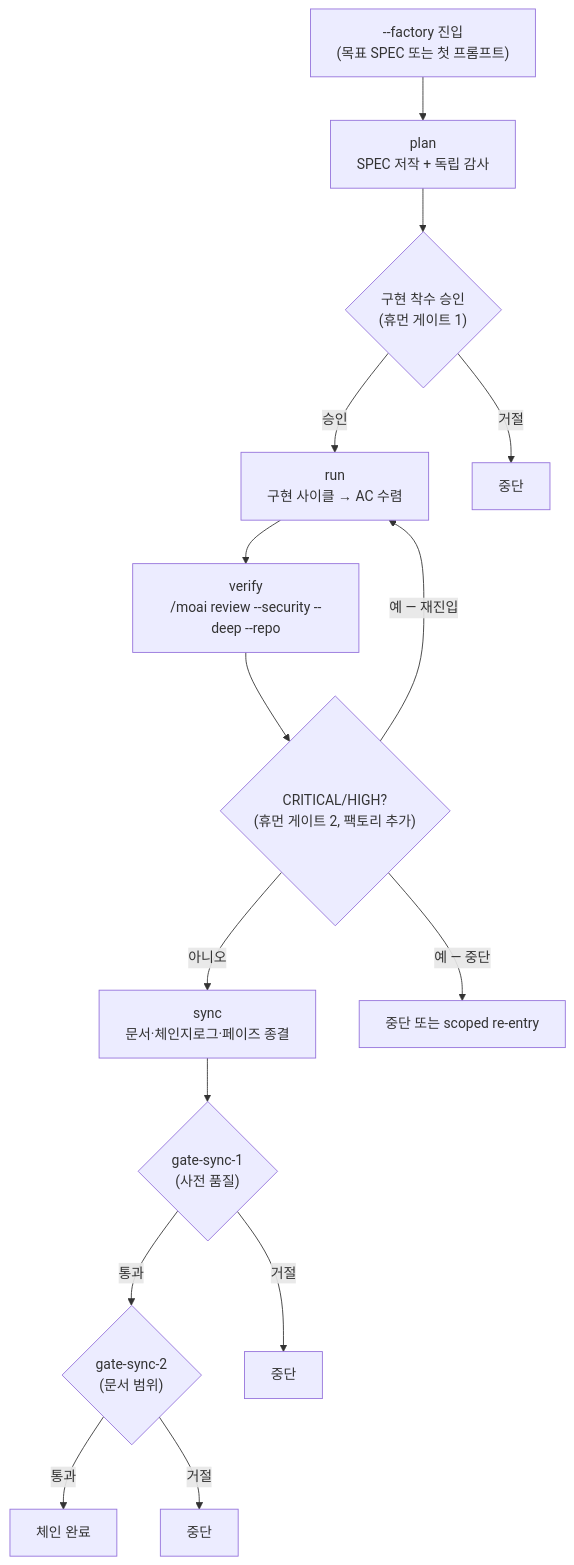
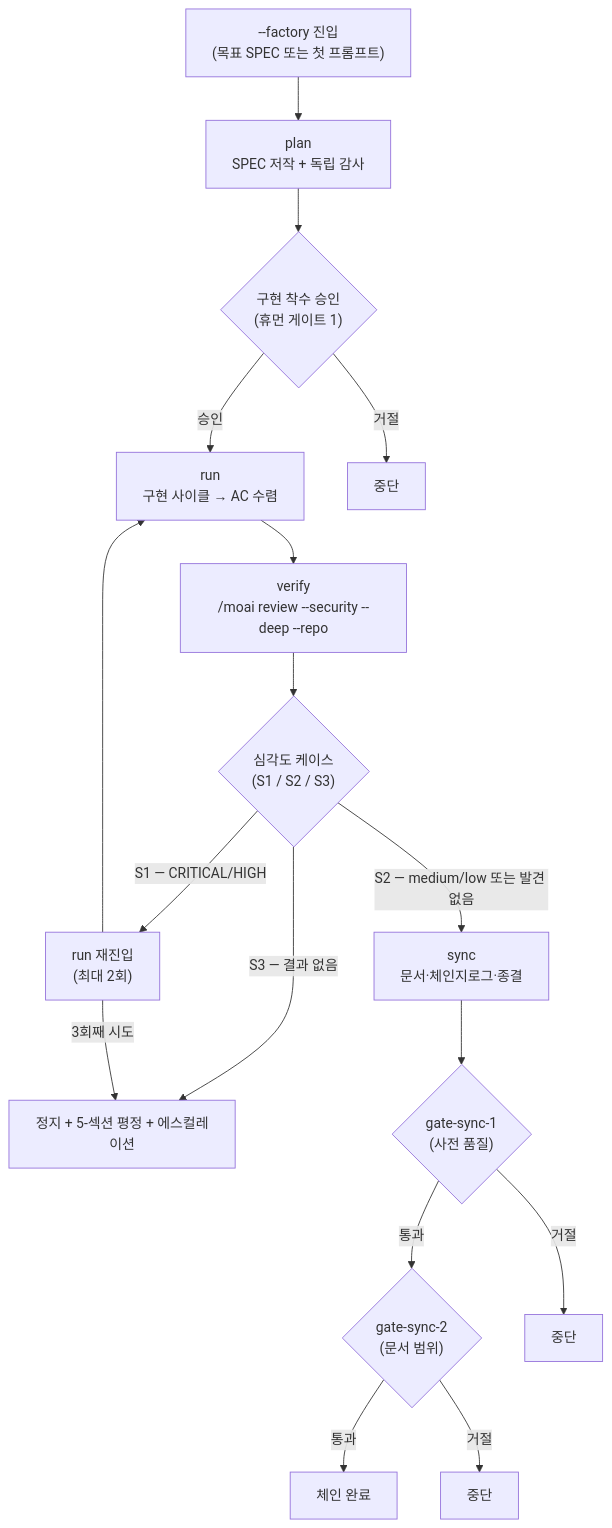
The diagram in docs-site/content/ko/advanced/factory-mode.md (modu-ai/moai-adk), drawn with Mermaid before and after one commit. The commit also changed other lines of this file and 6 other files, not shown here.

````diff
--- a/docs-site/content/ko/advanced/factory-mode.md
+++ b/docs-site/content/ko/advanced/factory-mode.md
@@ -63,17 +31,19 @@
 ```mermaid
 flowchart TD
     Entry["--factory 진입<br/>(목표 SPEC 또는 첫 프롬프트)"] --> Plan["plan<br/>SPEC 저작 + 독립 감사"]
     Plan --> Gate1{"구현 착수 승인<br/>(휴먼 게이트 1)"}
     Gate1 -->|"승인"| Run["run<br/>구현 사이클 → AC 수렴"]
     Gate1 -->|"거절"| Stop1["중단"]
     Run --> Verify["verify<br/>/moai review --security --deep --repo"]
-    Verify --> Gate2{"CRITICAL/HIGH?<br/>(휴먼 게이트 2, 팩토리 추가)"}
-    Gate2 -->|"아니오"| Sync["sync<br/>문서·체인지로그·페이즈 종결"]
-    Gate2 -->|"예 — 재진입"| Run
-    Gate2 -->|"예 — 중단"| Stop2["중단 또는 scoped re-entry"]
+    Verify --> SevCase{"심각도 케이스<br/>(S1 / S2 / S3)"}
+    SevCase -->|"S1 — CRITICAL/HIGH"| Reentry["run 재진입<br/>(최대 2회)"]
+    SevCase -->|"S2 — medium/low 또는 발견 없음"| Sync["sync<br/>문서·체인지로그·종결"]
+    SevCase -->|"S3 — 결과 없음"| Halt["정지 + 5-섹션 평정 + 에스컬레이션"]
+    Reentry --> Run
+    Reentry -->|"3회째 시도"| Halt
     Sync --> Gate3{"gate-sync-1<br/>(사전 품질)"}
     Gate3 -->|"통과"| Gate4{"gate-sync-2<br/>(문서 범위)"}
     Gate4 -->|"통과"| Done["체인 완료"]
     Gate3 -->|"거절"| Stop3["중단"]
     Gate4 -->|"거절"| Stop4["중단"]
 ```
````
